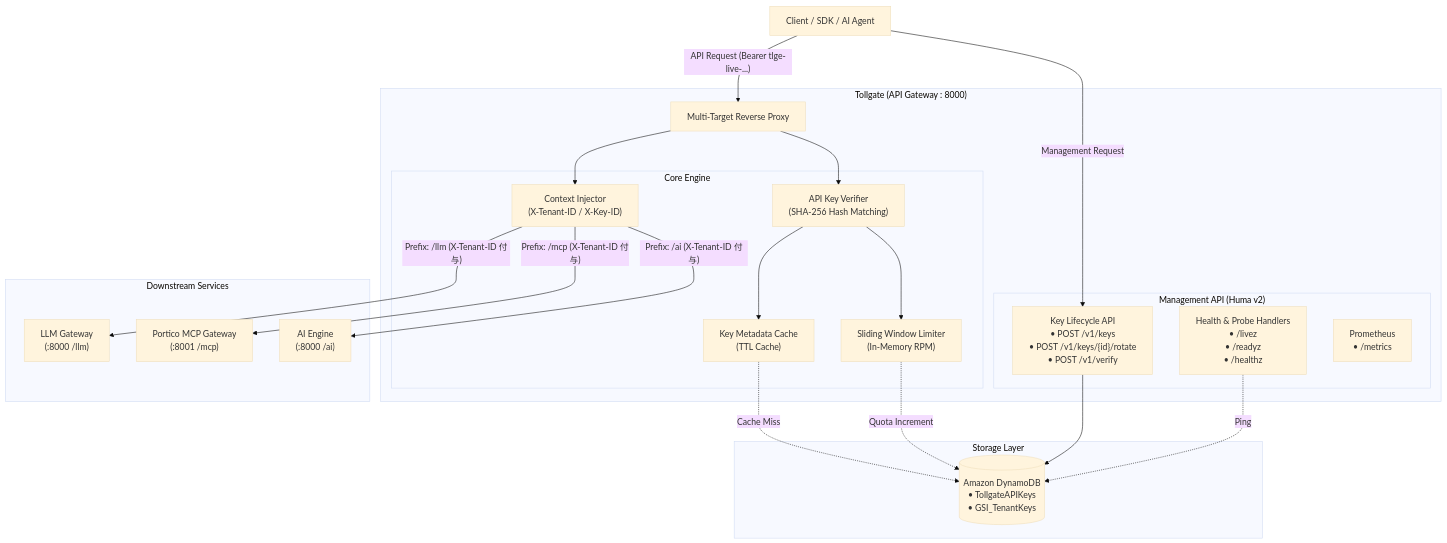
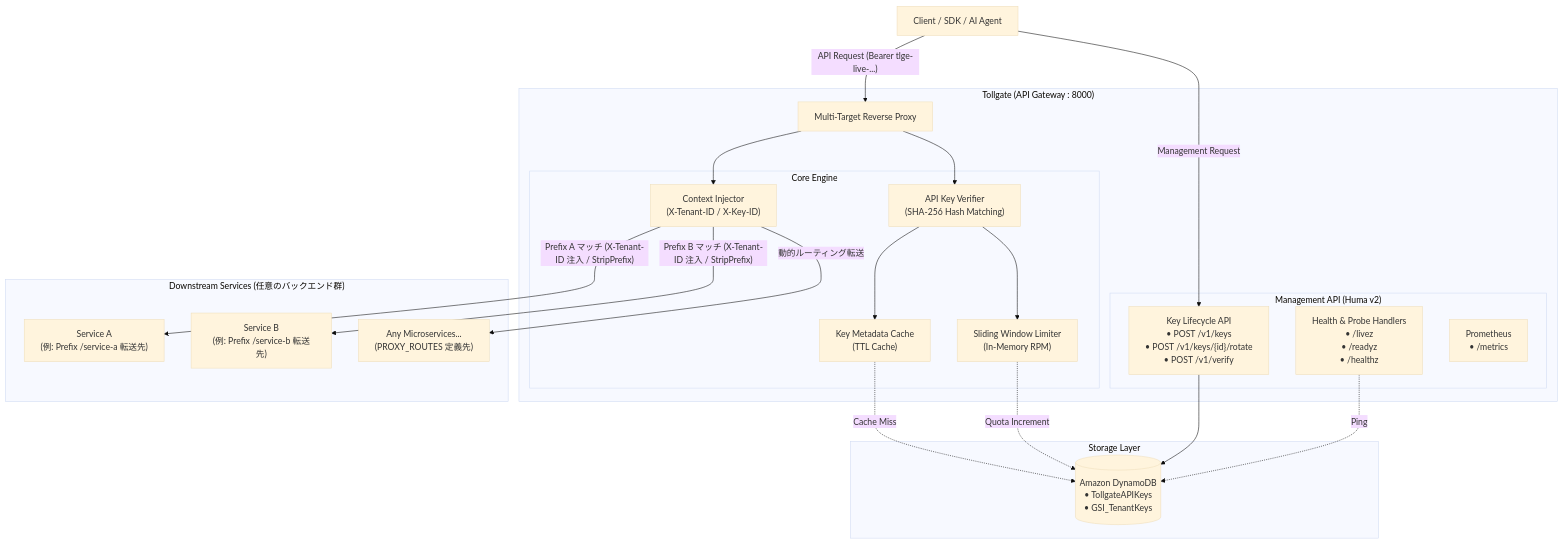
The diagram in README.md (northfieldzz/tollgate), drawn with Mermaid (base theme) before and after one commit.

````diff
--- a/README.md
+++ b/README.md
@@ -47,51 +47,51 @@
 ```mermaid
 flowchart TD
     Client["Client / SDK / AI Agent"]
     
     subgraph TollgateCluster ["Tollgate (API Gateway : 8000)"]
         PROXY["Multi-Target Reverse Proxy"]
         
         subgraph Engine ["Core Engine"]
             VERIFY["API Key Verifier<br/>(SHA-256 Hash Matching)"]
             LIMITER["Sliding Window Limiter<br/>(In-Memory RPM)"]
             CACHE["Key Metadata Cache<br/>(TTL Cache)"]
             HEADER_INJECT["Context Injector<br/>(X-Tenant-ID / X-Key-ID)"]
         end
 
         subgraph ManagementAPI ["Management API (Huma v2)"]
             KEY_MGMT["Key Lifecycle API<br/>• POST /v1/keys<br/>• POST /v1/keys/{id}/rotate<br/>• POST /v1/verify"]
             HEALTH["Health & Probe Handlers<br/>• /livez<br/>• /readyz<br/>• /healthz"]
             METRICS["Prometheus<br/>• /metrics"]
         end
     end
 
     subgraph Storage ["Storage Layer"]
         DDB[("Amazon DynamoDB<br/>• TollgateAPIKeys<br/>• GSI_TenantKeys")]
     end
 
-    subgraph Downstream ["Downstream Services"]
-        LLM["LLM Gateway<br/>(:8000 /llm)"]
-        PORTICO["Portico MCP Gateway<br/>(:8001 /mcp)"]
-        AI_ENG["AI Engine<br/>(:8000 /ai)"]
+    subgraph Downstream ["Downstream Services (任意のバックエンド群)"]
+        SVC_A["Service A<br/>(例: Prefix /service-a 転送先)"]
+        SVC_B["Service B<br/>(例: Prefix /service-b 転送先)"]
+        SVC_N["Any Microservices...<br/>(PROXY_ROUTES 定義先)"]
     end
 
     %% Client flows
     Client -->|"API Request (Bearer tlge-live-...)"| PROXY
     Client -->|"Management Request"| KEY_MGMT
 
     %% Internal Tollgate flows
     PROXY --> VERIFY
     VERIFY --> CACHE
     CACHE -.->|"Cache Miss"| DDB
     VERIFY --> LIMITER
     LIMITER -.->|"Quota Increment"| DDB
     PROXY --> HEADER_INJECT
 
     %% Forwarding
-    HEADER_INJECT -->|"Prefix: /llm (X-Tenant-ID 付与)"| LLM
-    HEADER_INJECT -->|"Prefix: /mcp (X-Tenant-ID 付与)"| PORTICO
-    HEADER_INJECT -->|"Prefix: /ai (X-Tenant-ID 付与)"| AI_ENG
+    HEADER_INJECT -->|"Prefix A マッチ (X-Tenant-ID 注入 / StripPrefix)"| SVC_A
+    HEADER_INJECT -->|"Prefix B マッチ (X-Tenant-ID 注入 / StripPrefix)"| SVC_B
+    HEADER_INJECT -->|"動的ルーティング転送"| SVC_N
 
     KEY_MGMT --> DDB
     HEALTH -.->|"Ping"| DDB
 ```
````
